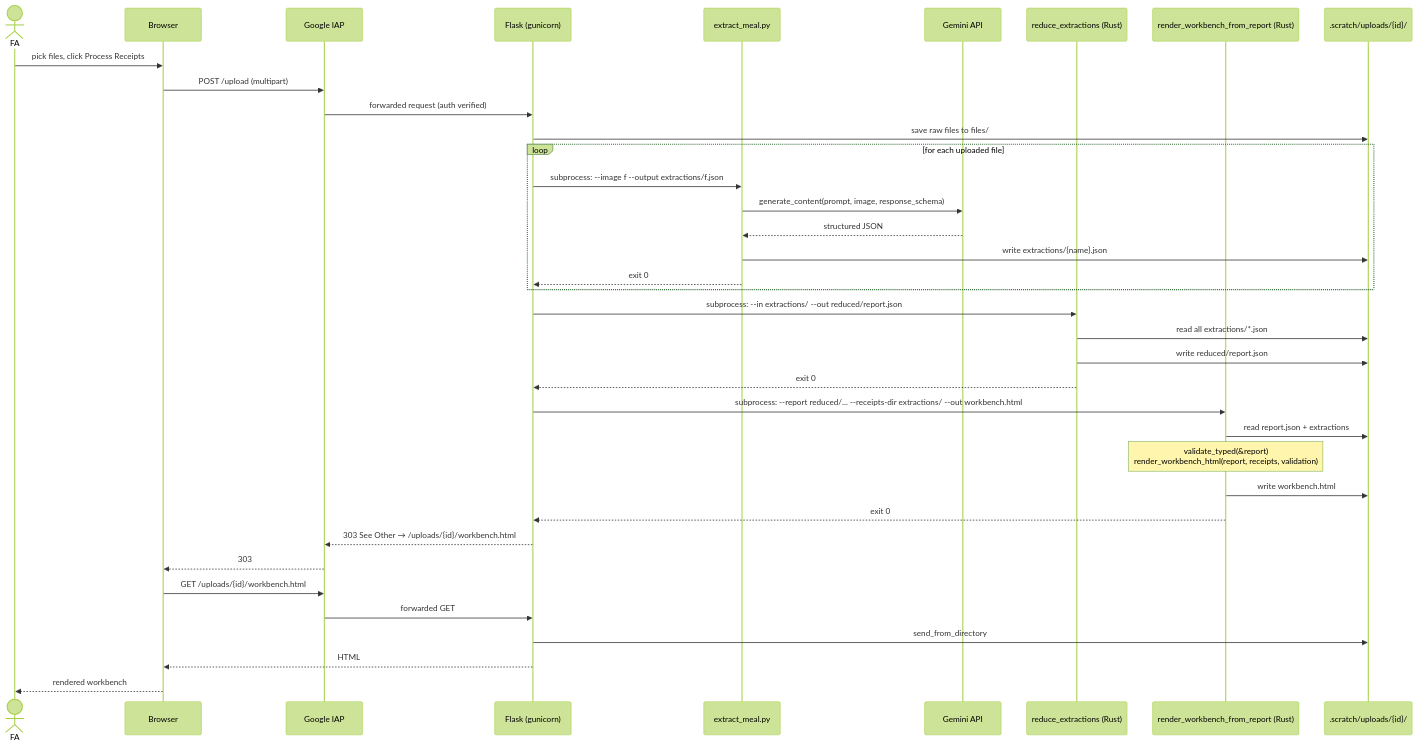
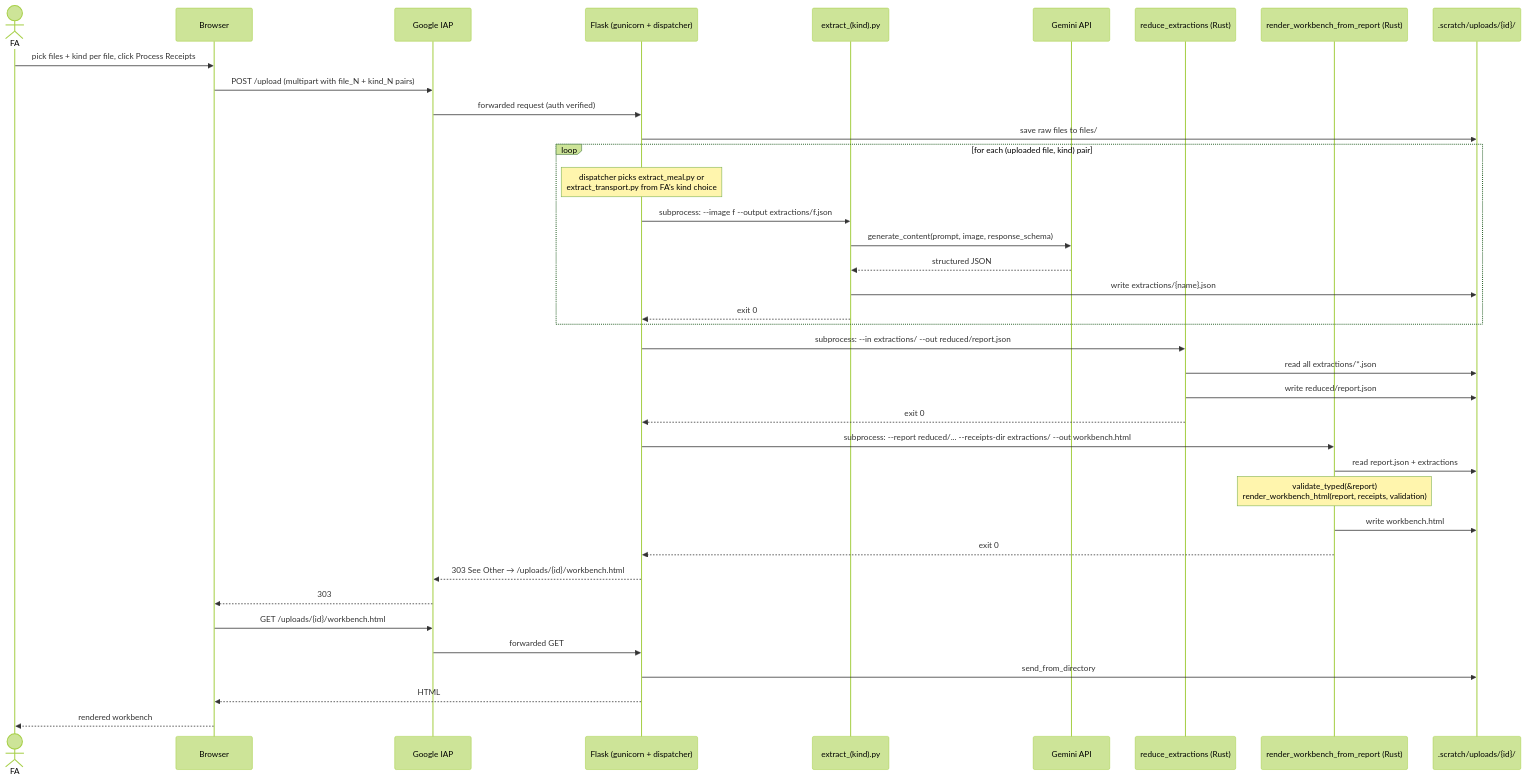
One commit to aweditya/expense-reports-automation changed the second of 5 diagrams in docs/SPEC.md. Above: the diagram before and after it, drawn with Mermaid (forest theme). The commit also changed other lines of this file, not shown here.

````diff
--- a/docs/SPEC.md
+++ b/docs/SPEC.md
@@ -111,44 +124,45 @@
 ```mermaid
 sequenceDiagram
     actor FA
     participant Browser
     participant IAP as Google IAP
-    participant Flask as Flask (gunicorn)
-    participant Extract as extract_meal.py
+    participant Flask as Flask (gunicorn + dispatcher)
+    participant Extract as extract_(kind).py
     participant Gemini as Gemini API
     participant Reduce as reduce_extractions (Rust)
     participant Render as render_workbench_from_report (Rust)
     participant Disk as .scratch/uploads/{id}/
 
-    FA->>Browser: pick files, click Process Receipts
-    Browser->>IAP: POST /upload (multipart)
+    FA->>Browser: pick files + kind per file, click Process Receipts
+    Browser->>IAP: POST /upload (multipart with file_N + kind_N pairs)
     IAP->>Flask: forwarded request (auth verified)
     Flask->>Disk: save raw files to files/
 
-    loop for each uploaded file
+    loop for each (uploaded file, kind) pair
+        Note over Flask: dispatcher picks extract_meal.py or<br/>extract_transport.py from FA's kind choice
         Flask->>Extract: subprocess: --image f --output extractions/f.json
         Extract->>Gemini: generate_content(prompt, image, response_schema)
         Gemini-->>Extract: structured JSON
         Extract->>Disk: write extractions/{name}.json
         Extract-->>Flask: exit 0
     end
 
     Flask->>Reduce: subprocess: --in extractions/ --out reduced/report.json
     Reduce->>Disk: read all extractions/*.json
     Reduce->>Disk: write reduced/report.json
     Reduce-->>Flask: exit 0
 
     Flask->>Render: subprocess: --report reduced/... --receipts-dir extractions/ --out workbench.html
     Render->>Disk: read report.json + extractions
     Note over Render: validate_typed(&report)<br/>render_workbench_html(report, receipts, validation)
     Render->>Disk: write workbench.html
     Render-->>Flask: exit 0
 
     Flask-->>IAP: 303 See Other → /uploads/{id}/workbench.html
     IAP-->>Browser: 303
     Browser->>IAP: GET /uploads/{id}/workbench.html
     IAP->>Flask: forwarded GET
     Flask->>Disk: send_from_directory
     Flask-->>Browser: HTML
     Browser-->>FA: rendered workbench
 ```
````
